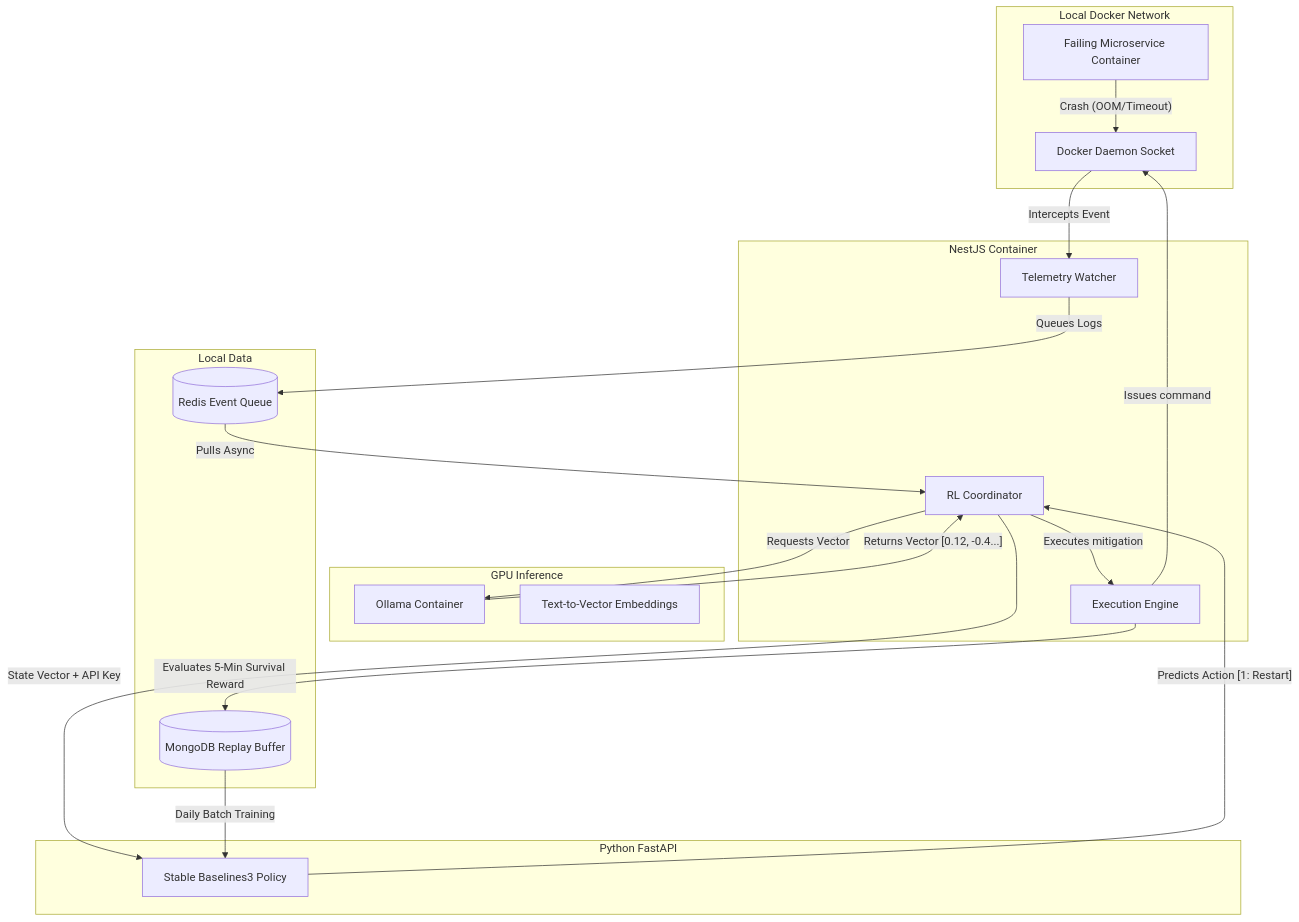
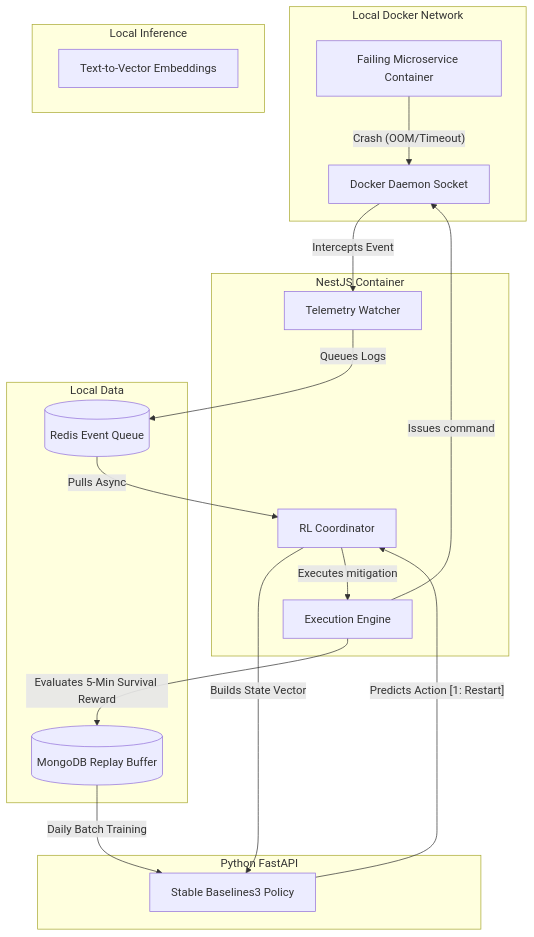
One commit to Tusharxhub/aegis changed the second of 2 diagrams in Readme.md. Above: the diagram before and after it, drawn with Mermaid. The commit also changed other lines of this file and 13 other files, not shown here.

````diff
--- a/Readme.md
+++ b/Readme.md
@@ -82,46 +79,43 @@
 ```mermaid
 graph TD
     %% Environment
     subgraph Edge Environment [Local Docker Network]
         DockerSocket[Docker Daemon Socket]
         BrokenService[Failing Microservice Container]
     end
 
     %% Backend Orchestrator
     subgraph The Orchestrator [NestJS Container]
         Watcher[Telemetry Watcher]
         RL_Coord[RL Coordinator]
         Executor[Execution Engine]
     end
 
     %% AI Compute
-    subgraph Data Processing [GPU Inference]
-        Ollama[Ollama Container]
+    subgraph Data Processing [Local Inference]
         Embeddings[Text-to-Vector Embeddings]
     end
 
     %% RL Brain
     subgraph The Brain [Python FastAPI]
         Agent[Stable Baselines3 Policy]
     end
 
     %% State
     subgraph Memory [Local Data]
         Mongo[(MongoDB Replay Buffer)]
         Redis[(Redis Event Queue)]
     end
 
     %% Flow
     BrokenService -- "Crash (OOM/Timeout)" --> DockerSocket
     DockerSocket -- "Intercepts Event" --> Watcher
     Watcher -- "Queues Logs" --> Redis
     Redis -- "Pulls Async" --> RL_Coord
-    RL_Coord -- "Requests Vector" --> Ollama
-    Ollama -- "Returns Vector [0.12, -0.4...]" --> RL_Coord
-    RL_Coord -- "State Vector + API Key" --> Agent
+    RL_Coord -- "Builds State Vector" --> Agent
     Agent -- "Predicts Action [1: Restart]" --> RL_Coord
     RL_Coord -- "Executes mitigation" --> Executor
     Executor -- "Issues command" --> DockerSocket
     Executor -- "Evaluates 5-Min Survival Reward" --> Mongo
     Mongo -- "Daily Batch Training" --> Agent
 ```
````
